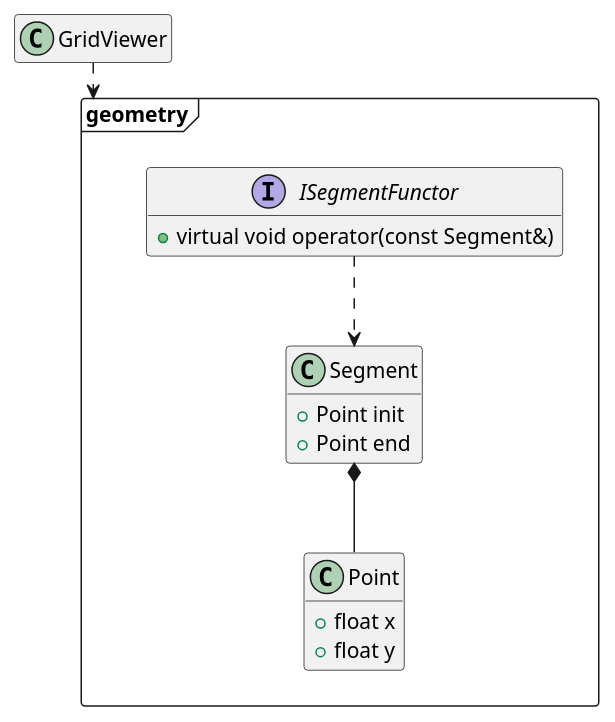
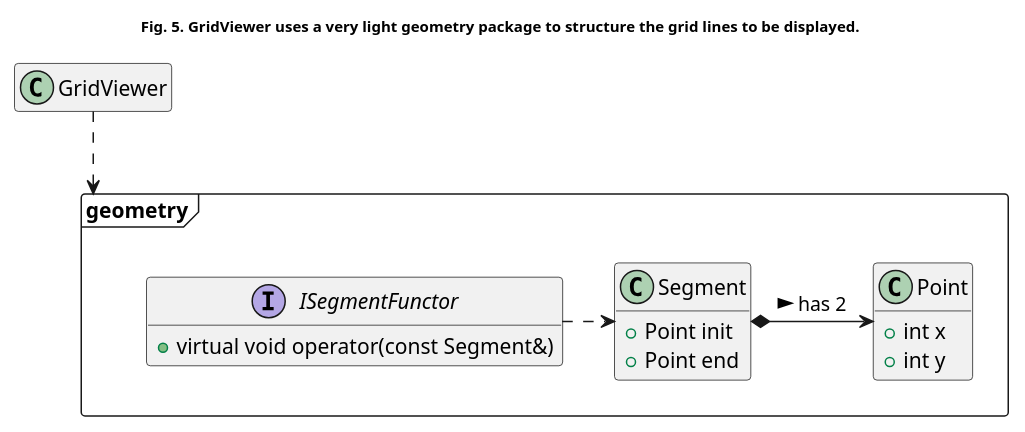
The fifth of 5 diagrams in _posts/modsim/2020-09-29-sfml-2d-grid.md (kanmeugne/kanmeugne.github.io), drawn with PlantUML before and after one commit. The commit also changed other lines of this file and 2 other files, not shown here.

Commit message:
improve graphics and article structure

```diff
--- a/_posts/modsim/2020-09-29-sfml-2d-grid.md
+++ b/_posts/modsim/2020-09-29-sfml-2d-grid.md
@@ -264,26 +253,27 @@
 {% plantuml %}
 @startuml
+title: <size:10> Fig. 5. GridViewer uses a very light geometry package to structure the grid lines to be displayed. </size>
 package geometry <<Frame>>
 {
     class Point {
-        + float x
-        + float y
+        + int x
+        + int y
     }
     class Segment {
         + Point init
         + Point end
     }
     interface ISegmentFunctor {
         + virtual void operator(const Segment&)
     }
 }
 class GridViewer
-Segment *-- Point
-ISegmentFunctor ..> Segment
+Segment *-> Point : has 2 >
+ISegmentFunctor .> Segment
 GridViewer ..> geometry
 hide Point methods
 hide Segment methods
 hide ISegmentFunctor fields
 hide GridViewer members
 @enduml
 {% endplantuml %}
```
